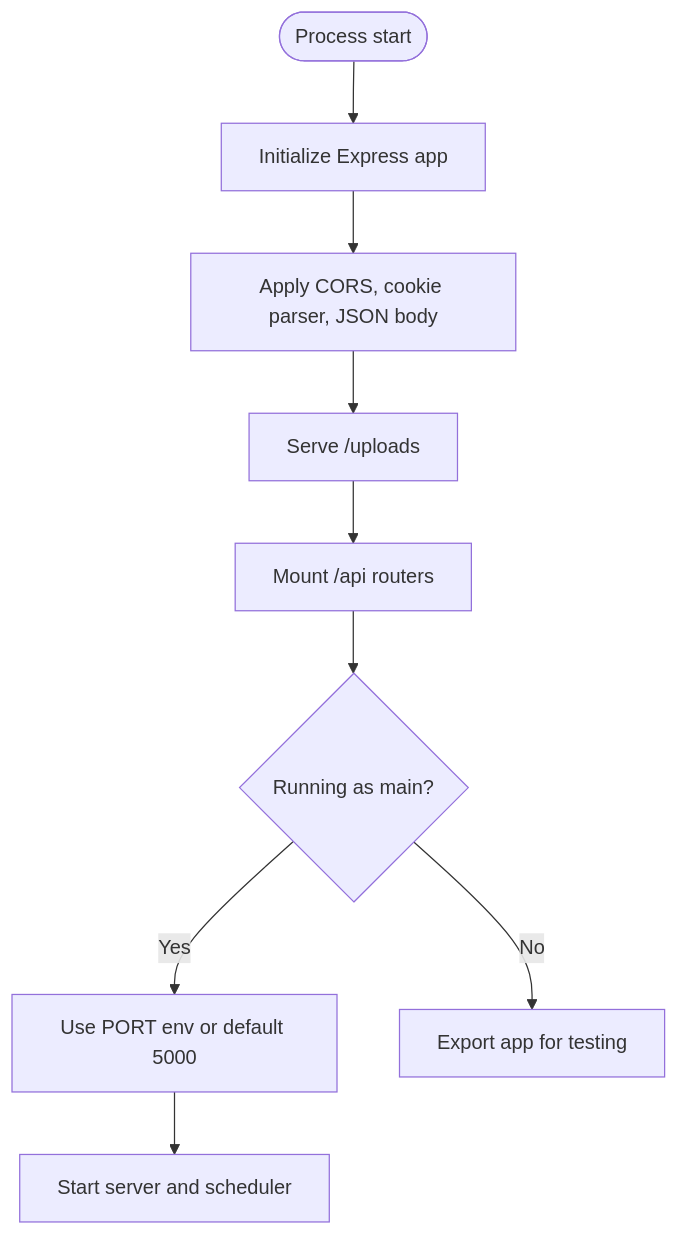
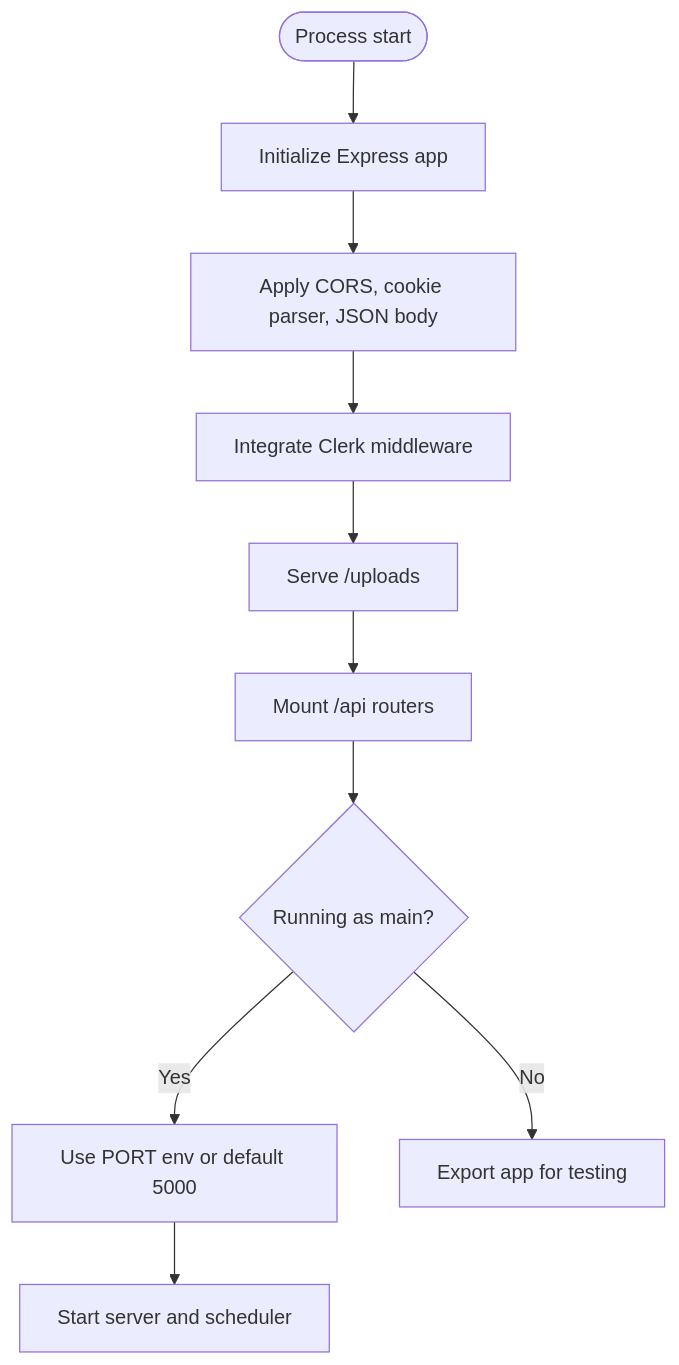
The third of 6 diagrams in .qoder/repowiki/en/content/Getting Started.md (ZandileMkontwana/olympiad-portal), drawn with Mermaid before and after one commit. The commit also changed other lines of this file and 16 other files, not shown here.

````diff
--- a/.qoder/repowiki/en/content/Getting Started.md
+++ b/.qoder/repowiki/en/content/Getting Started.md
@@ -124,11 +146,12 @@
 ```mermaid
 flowchart TD
 Start(["Process start"]) --> Init["Initialize Express app"]
 Init --> Middleware["Apply CORS, cookie parser, JSON body"]
-Middleware --> Static["Serve /uploads"]
+Middleware --> Clerk["Integrate Clerk middleware"]
+Clerk --> Static["Serve /uploads"]
 Static --> Routes["Mount /api routers"]
 Routes --> Listen{"Running as main?"}
 Listen -- Yes --> Port["Use PORT env or default 5000"]
 Port --> Boot["Start server and scheduler"]
 Listen -- No --> Export["Export app for testing"]
 ```
````
